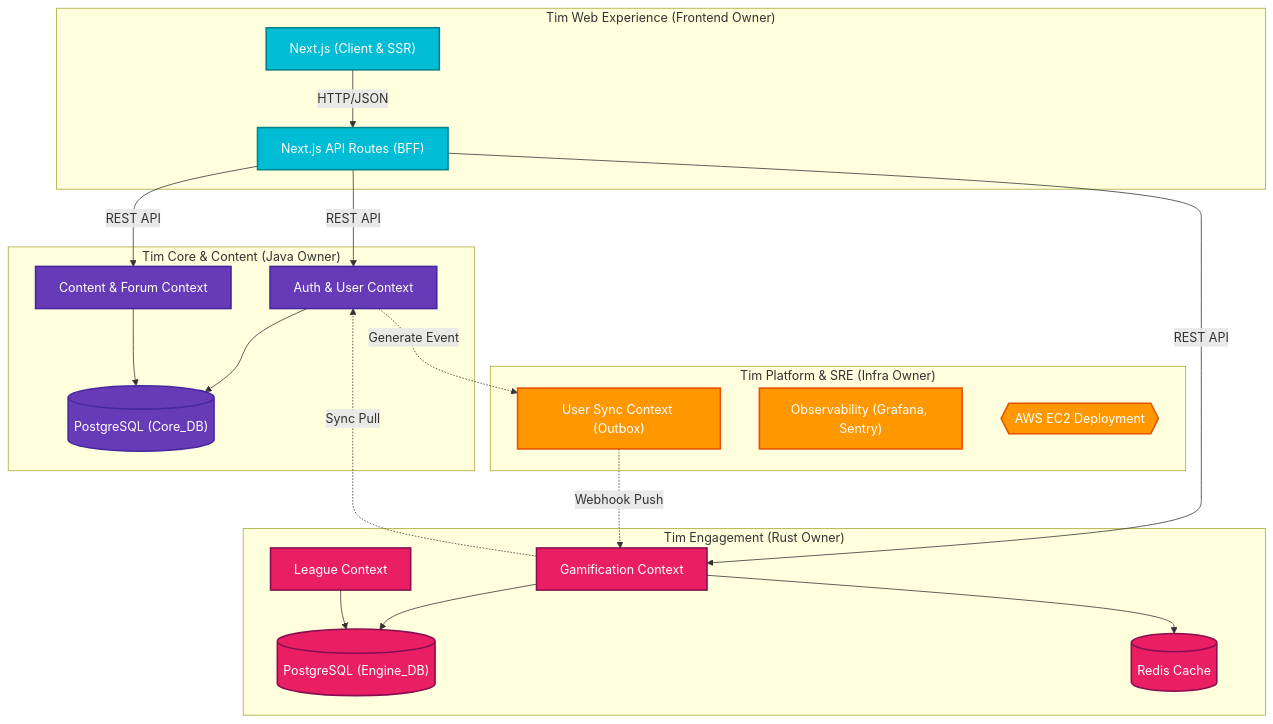
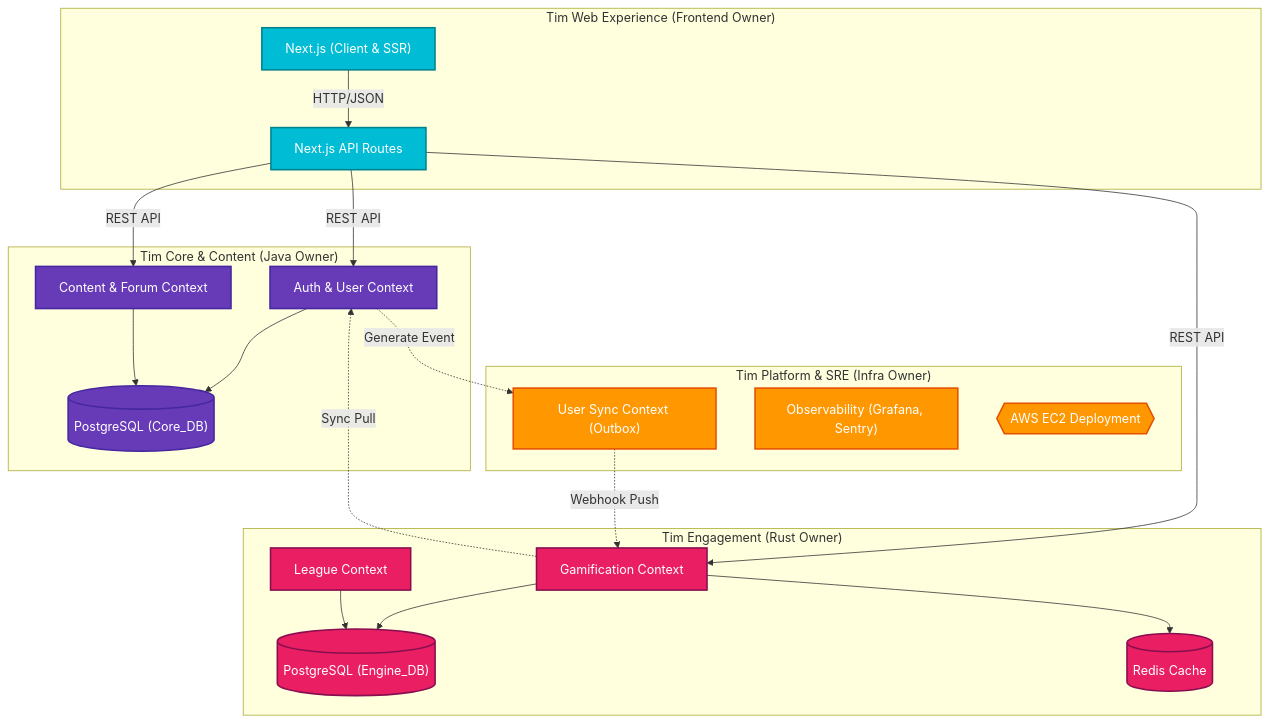
One commit to advprog-2026-A14-project/yomu-docs changed the second of 9 diagrams in README.md. Above: the diagram before and after it, drawn with Mermaid. The commit also changed other lines of this file and 14 other files, not shown here.

````diff
--- a/README.md
+++ b/README.md
@@ -173,53 +173,53 @@
 ```mermaid
 graph TB
     subgraph Frontend_Squad ["Tim Web Experience (Frontend Owner)"]
         UI["Next.js (Client & SSR)"]
-        BFF["Next.js API Routes (BFF)"]
+        API["Next.js API Routes"]
     end
 
     subgraph Core_Squad ["Tim Core & Content (Java Owner)"]
         Auth["Auth & User Context"]
         Content["Content & Forum Context"]
         CoreDB[("PostgreSQL (Core_DB)")]
     end
 
     subgraph Engagement_Squad ["Tim Engagement (Rust Owner)"]
         Gamification["Gamification Context"]
         League["League Context"]
         EngineDB[("PostgreSQL (Engine_DB)")]
         Redis[("Redis Cache")]
     end
 
     subgraph Platform_Squad ["Tim Platform & SRE (Infra Owner)"]
         Outbox["User Sync Context (Outbox)"]
         Monitor["Observability (Grafana, Sentry)"]
         EC2{{"AWS EC2 Deployment"}}
     end
 
     %% Relasi Alur Komunikasi
-    UI -->|HTTP/JSON| BFF
-    BFF -->|REST API| Auth
-    BFF -->|REST API| Content
-    BFF -->|REST API| Gamification
-    
+    UI -->|HTTP/JSON| API
+    API -->|REST API| Auth
+    API -->|REST API| Content
+    API -->|REST API| Gamification
+
     Auth --> CoreDB
     Content --> CoreDB
     Gamification --> EngineDB
     Gamification --> Redis
     League --> EngineDB
-    
+
     Auth -.->|Generate Event| Outbox
     Outbox -.->|Webhook Push| Gamification
     Gamification -.->|Sync Pull| Auth
 
     %% Updated Styling for Better Readability
     classDef frontend fill:#00bcd4,stroke:#00838f,stroke-width:2px,color:#fff;
     classDef core fill:#673ab7,stroke:#4527a0,stroke-width:2px,color:#fff;
     classDef engagement fill:#e91e63,stroke:#880e4f,stroke-width:2px,color:#fff;
     classDef platform fill:#ff9800,stroke:#e65100,stroke-width:2px,color:#fff;
 
-    class UI,BFF frontend;
+    class UI,API frontend;
     class Auth,Content,CoreDB core;
     class Gamification,League,EngineDB,Redis engagement;
     class Outbox,Monitor,EC2 platform;
 ```
````
